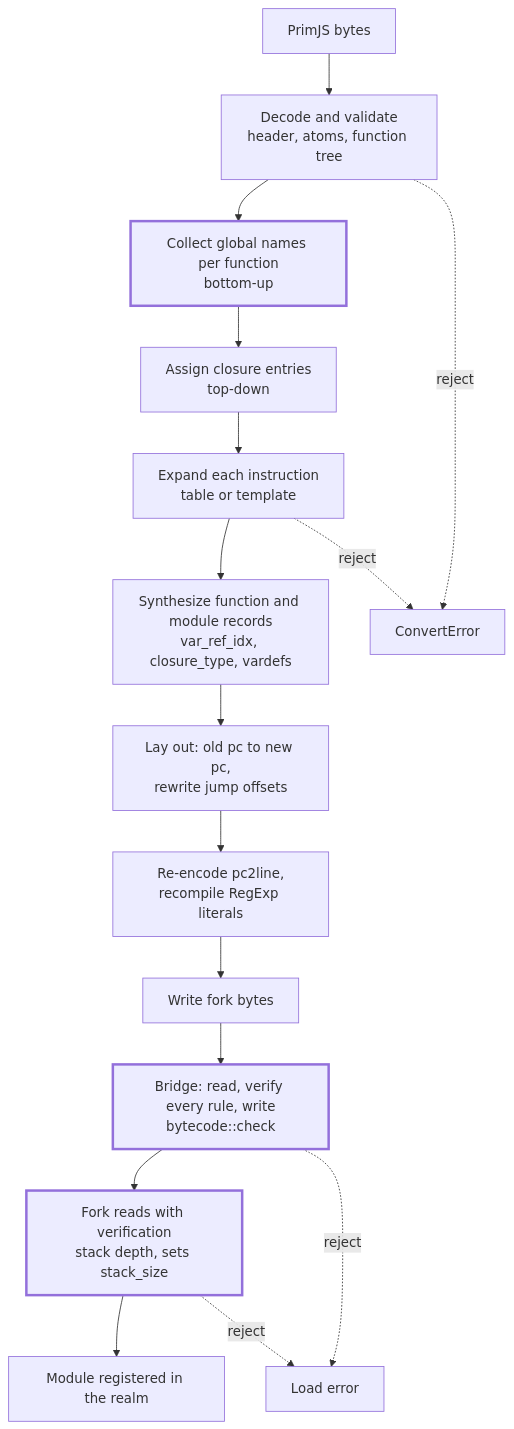
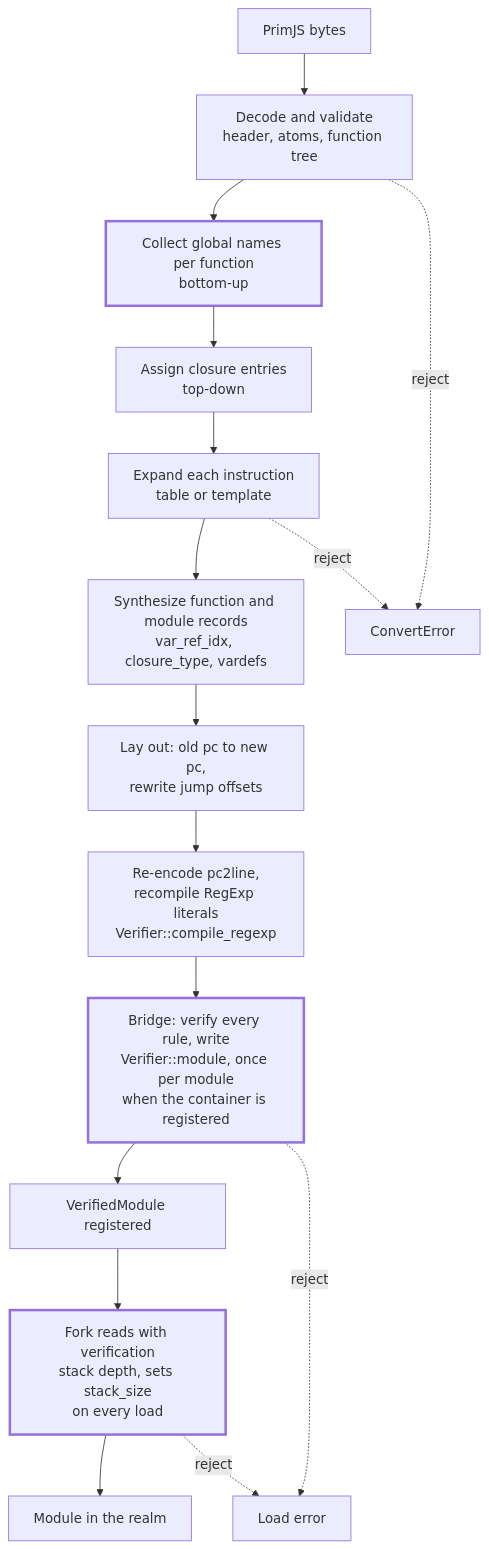
Before and after one commit to PupilTong/lynx-vello: the diagram in docs/primjs-bytecode-conversion-design.md, drawn with Mermaid. The commit also changed other lines of this file and 43 other files, not shown here.

````diff
--- a/docs/primjs-bytecode-conversion-design.md
+++ b/docs/primjs-bytecode-conversion-design.md
@@ -206,21 +206,21 @@
 ```mermaid
 flowchart TD
     A[PrimJS bytes] --> B[Decode and validate<br/>header, atoms, function tree]
     B --> C[Collect global names per function<br/>bottom-up]
     C --> D[Assign closure entries<br/>top-down]
     D --> E[Expand each instruction<br/>table or template]
     E --> F[Synthesize function and module records<br/>var_ref_idx, closure_type, vardefs]
     F --> G[Lay out: old pc to new pc,<br/>rewrite jump offsets]
-    G --> I[Re-encode pc2line,<br/>recompile RegExp literals]
-    I --> J[Write fork bytes]
-    J --> V[Bridge: read, verify every rule, write<br/>bytecode::check]
-    V --> H[Fork reads with verification<br/>stack depth, sets stack_size]
-    H --> K[Module registered in the realm]
+    G --> I[Re-encode pc2line,<br/>recompile RegExp literals<br/>Verifier::compile_regexp]
+    I --> V[Bridge: verify every rule, write<br/>Verifier::module, once per module<br/>when the container is registered]
+    V --> J[VerifiedModule registered]
+    J --> H[Fork reads with verification<br/>stack depth, sets stack_size<br/>on every load]
+    H --> K[Module in the realm]
     B -. reject .-> X[ConvertError]
     E -. reject .-> X
     V -. reject .-> Y
     H -. reject .-> Y[Load error]
     style H stroke-width:3px
     style V stroke-width:3px
     style C stroke-width:3px
 ```
````
